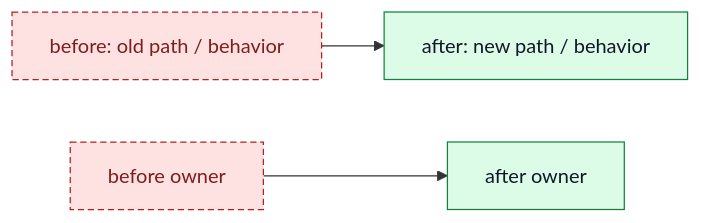
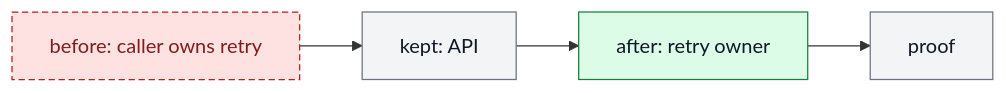
The second of 2 diagrams in skills/diagramming/references/patterns.md (ZanarkandTechnologies/Farplane), drawn with Mermaid before and after one commit. The commit also changed other lines of this file and 10 other files, not shown here.

Commit message:
fix: select diagrams by approval question

````diff
--- a/skills/diagramming/references/patterns.md
+++ b/skills/diagramming/references/patterns.md
@@ -73,8 +86,9 @@
 ```mermaid
 flowchart LR
   classDef before fill:#fee2e2,stroke:#b91c1c,color:#7f1d1d,stroke-dasharray: 5 3
+  classDef kept fill:#f3f4f6,stroke:#6b7280,color:#111827
   classDef after fill:#dcfce7,stroke:#15803d,color:#111827
 
-  old["before: old path / behavior"]:::before --> new["after: new path / behavior"]:::after
-  oldOwner["before owner"]:::before --> newOwner["after owner"]:::after
+  old[before: caller owns retry]:::before --> api[kept: API]:::kept
+  api --> next[after: retry owner]:::after --> proof[proof]:::kept
 ```
````
